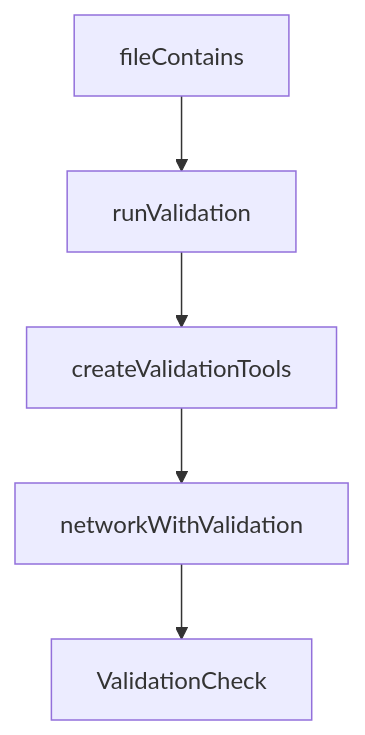
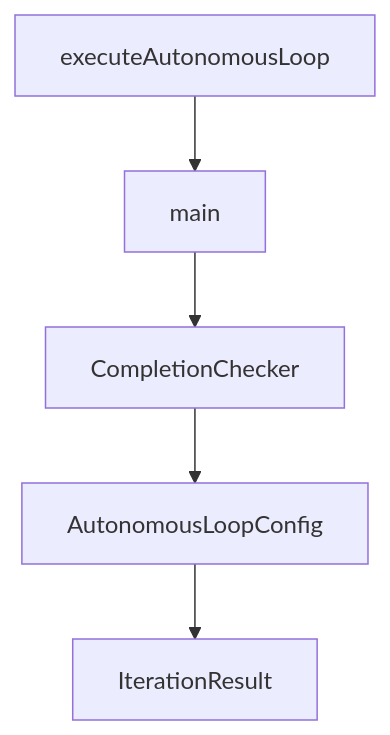
One commit to johnxie/awesome-code-docs changed the second of 2 diagrams in tutorials/mastra-tutorial/02-system-architecture.md. Above: the diagram before and after it, drawn with Mermaid. The commit also changed other lines of this file and 1232 other files, not shown here.

````diff
--- a/tutorials/mastra-tutorial/02-system-architecture.md
+++ b/tutorials/mastra-tutorial/02-system-architecture.md
@@ -224,12 +221,12 @@
 ```mermaid
 flowchart TD
-    A[fileContains]
-    B[runValidation]
-    C[createValidationTools]
-    D[networkWithValidation]
-    E[ValidationCheck]
+    A[executeAutonomousLoop]
+    B[main]
+    C[CompletionChecker]
+    D[AutonomousLoopConfig]
+    E[IterationResult]
     A --> B
     B --> C
     C --> D
     D --> E
 ```
````
